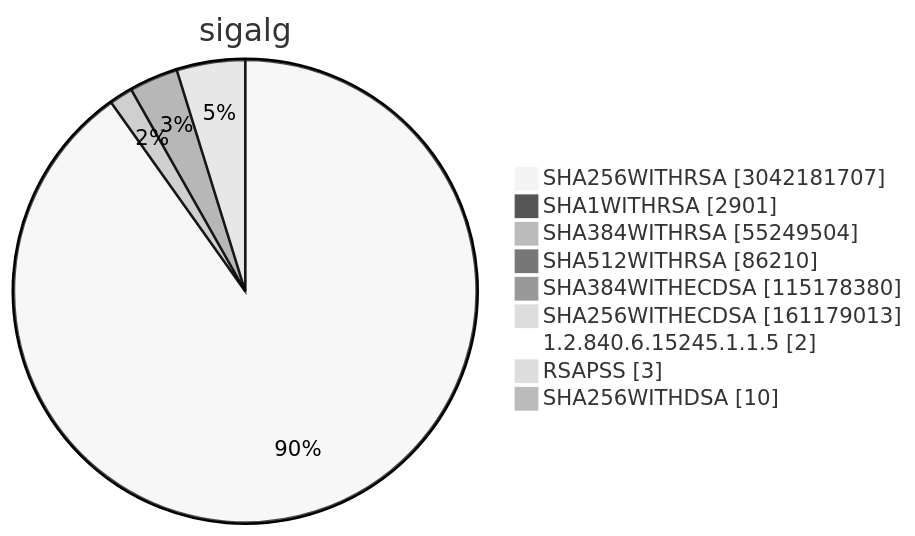
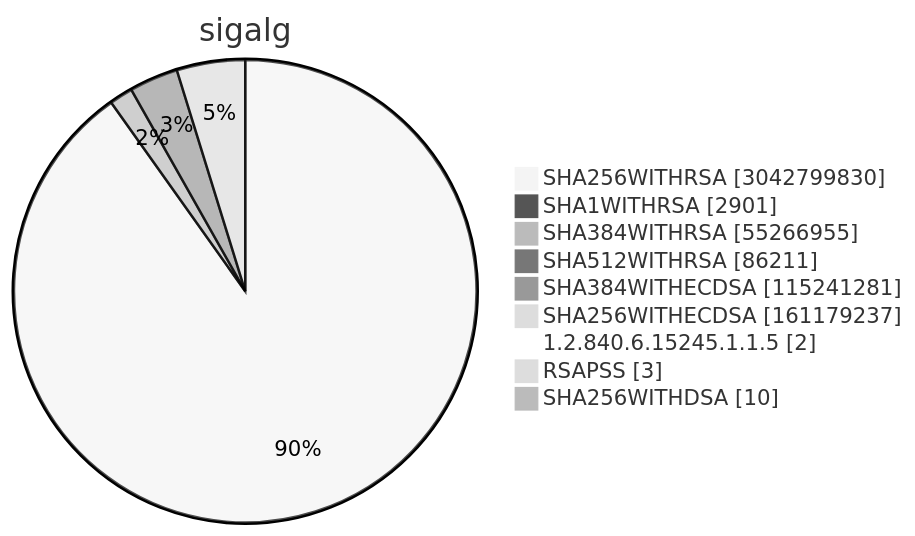
One commit to christiankrug/ctmonitor_visualization changed diagram 15 of 15 in TOTAL/README.md. Above: the diagram before and after it, drawn with Mermaid (neutral theme). The commit also changed other lines of this file, not shown here.

````diff
--- a/TOTAL/README.md
+++ b/TOTAL/README.md
@@ -6208,13 +6208,13 @@
 ```mermaid
 pie showData
 title sigalg
-"SHA256WITHRSA" :3042181707
+"SHA256WITHRSA" :3042799830
 "SHA1WITHRSA" :2901
-"SHA384WITHRSA" :55249504
-"SHA512WITHRSA" :86210
-"SHA384WITHECDSA" :115178380
-"SHA256WITHECDSA" :161179013
+"SHA384WITHRSA" :55266955
+"SHA512WITHRSA" :86211
+"SHA384WITHECDSA" :115241281
+"SHA256WITHECDSA" :161179237
 "1.2.840.6.15245.1.1.5" :2
 "RSAPSS" :3
 "SHA256WITHDSA" :10
 ```
````
